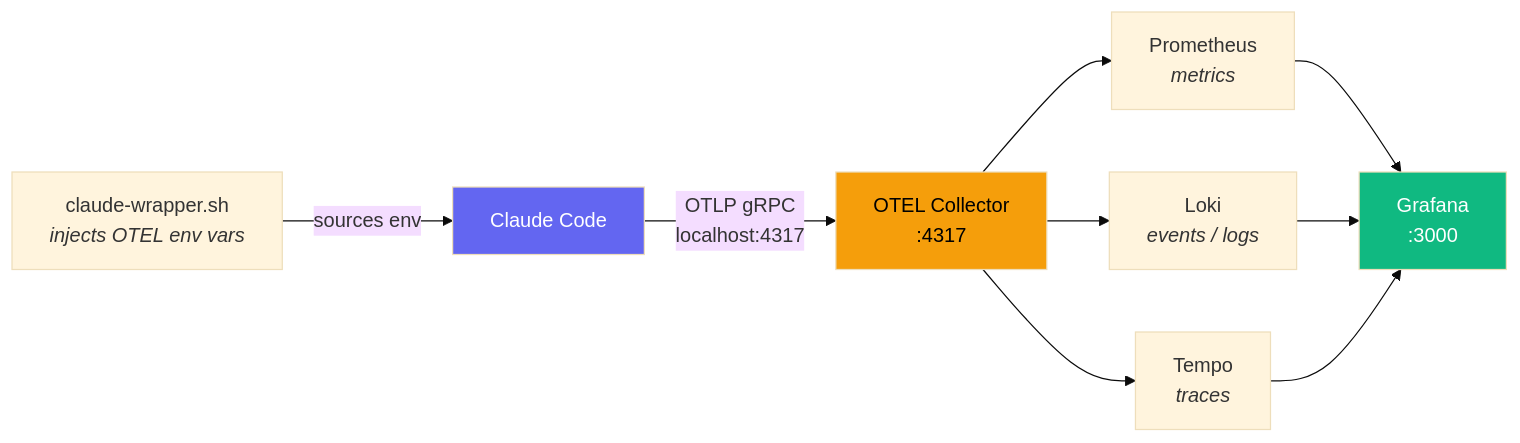
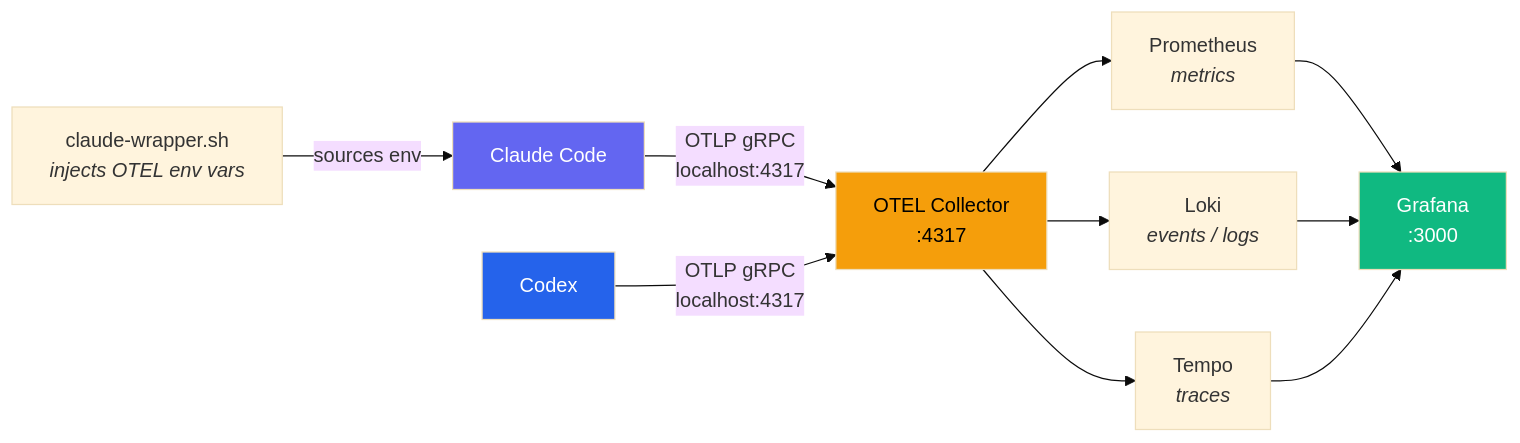
Before and after one commit to jewzaam/claude-otel-stack: the diagram in README.md, drawn with Mermaid (base theme). The commit also changed other lines of this file and 2 other files, not shown here.

First line of the commit message:
docs: document Codex OTEL telemetry support

````diff
--- a/README.md
+++ b/README.md
@@ -13,23 +13,26 @@
 ```mermaid
 flowchart LR
     CC["Claude Code"]
+    CX["Codex"]
     W["claude-wrapper.sh<br/><i>injects OTEL env vars</i>"]
     OC["OTEL Collector<br/>:4317"]
     P["Prometheus<br/><i>metrics</i>"]
     L["Loki<br/><i>events / logs</i>"]
     T["Tempo<br/><i>traces</i>"]
     G["Grafana<br/>:3000"]
 
     W -- sources env --> CC
     CC -- "OTLP gRPC<br/>localhost:4317" --> OC
+    CX -- "OTLP gRPC<br/>localhost:4317" --> OC
     OC --> P
     OC --> L
     OC --> T
     P --> G
     L --> G
     T --> G
 
     style CC fill:#6366f1,color:#fff
+    style CX fill:#2563eb,color:#fff
     style OC fill:#f59e0b,color:#000
     style G fill:#10b981,color:#fff
 ```
````
